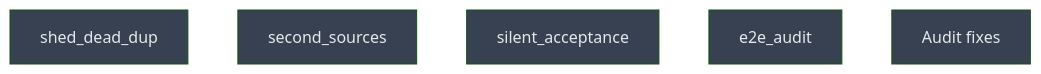
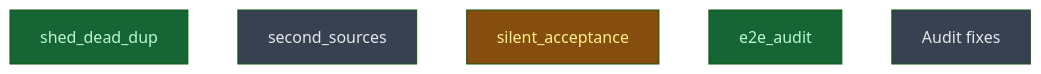
One commit to CrackingShells/Candler changed the diagram in __roadmap__/diet/shed/README.md. Above: the diagram before and after it, drawn with Mermaid (forest theme). The commit also changed other lines of this file and 1 other file, not shown here.

Commit message:
rdm(api): mark e2e_audit and shed_dead_dup done, silent in progress

````diff
--- a/__roadmap__/diet/shed/README.md
+++ b/__roadmap__/diet/shed/README.md
@@ -19,13 +19,13 @@
 ```mermaid
 graph TD
-    shed_dead_dup[shed_dead_dup]:::planned
+    shed_dead_dup[shed_dead_dup]:::done
     second_sources[second_sources]:::planned
-    silent_acceptance[silent_acceptance]:::planned
-    e2e_audit[e2e_audit]:::planned
+    silent_acceptance[silent_acceptance]:::inprogress
+    e2e_audit[e2e_audit]:::done
     fix[Audit fixes]:::planned
     classDef done       fill:#166534,color:#bbf7d0
     classDef inprogress fill:#854d0e,color:#fef08a
     classDef planned    fill:#374151,color:#e5e7eb
     classDef amendment  fill:#1e3a5f,color:#bfdbfe
     classDef blocked    fill:#7f1d1d,color:#fecaca
 ```
````
